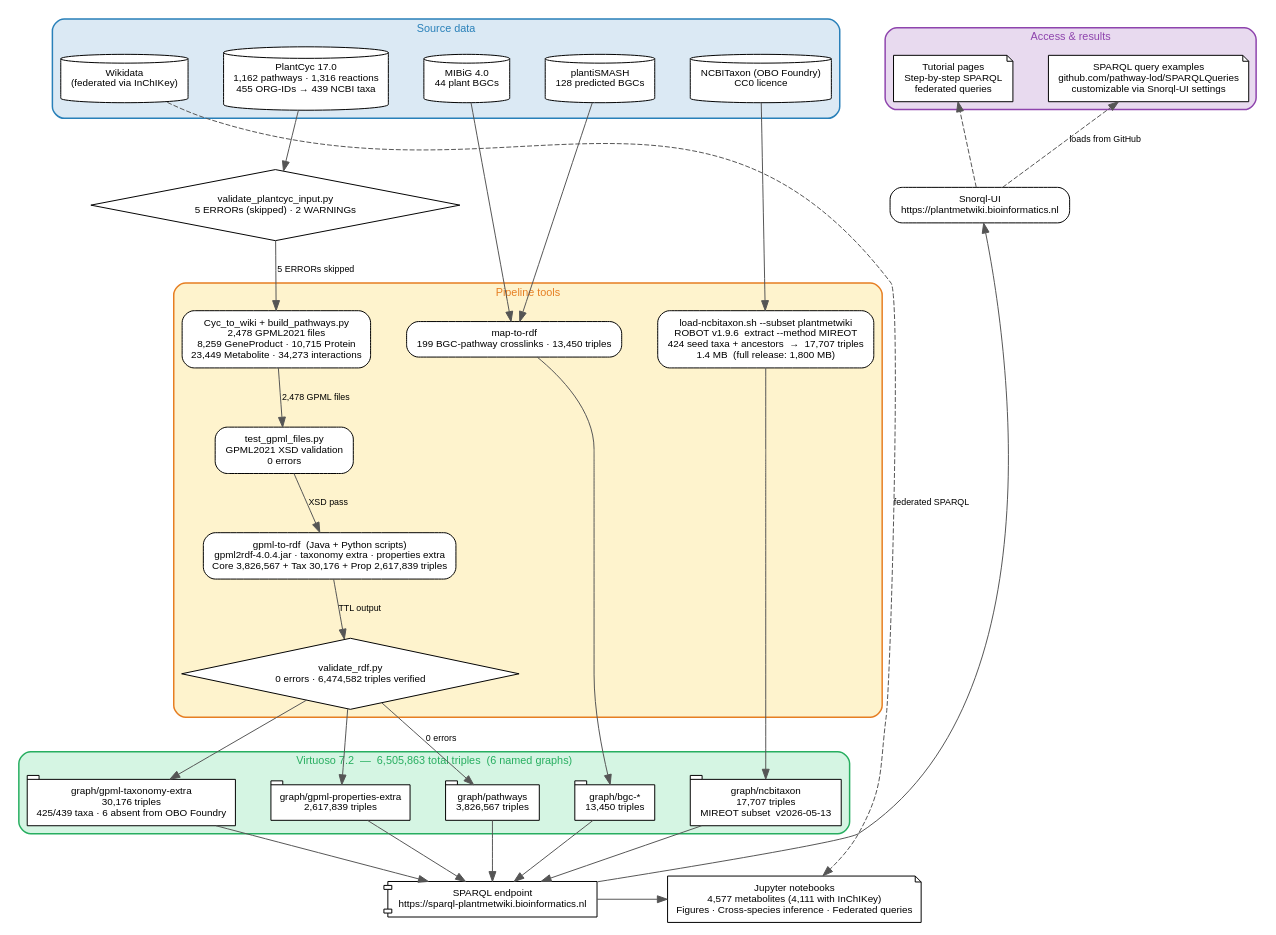
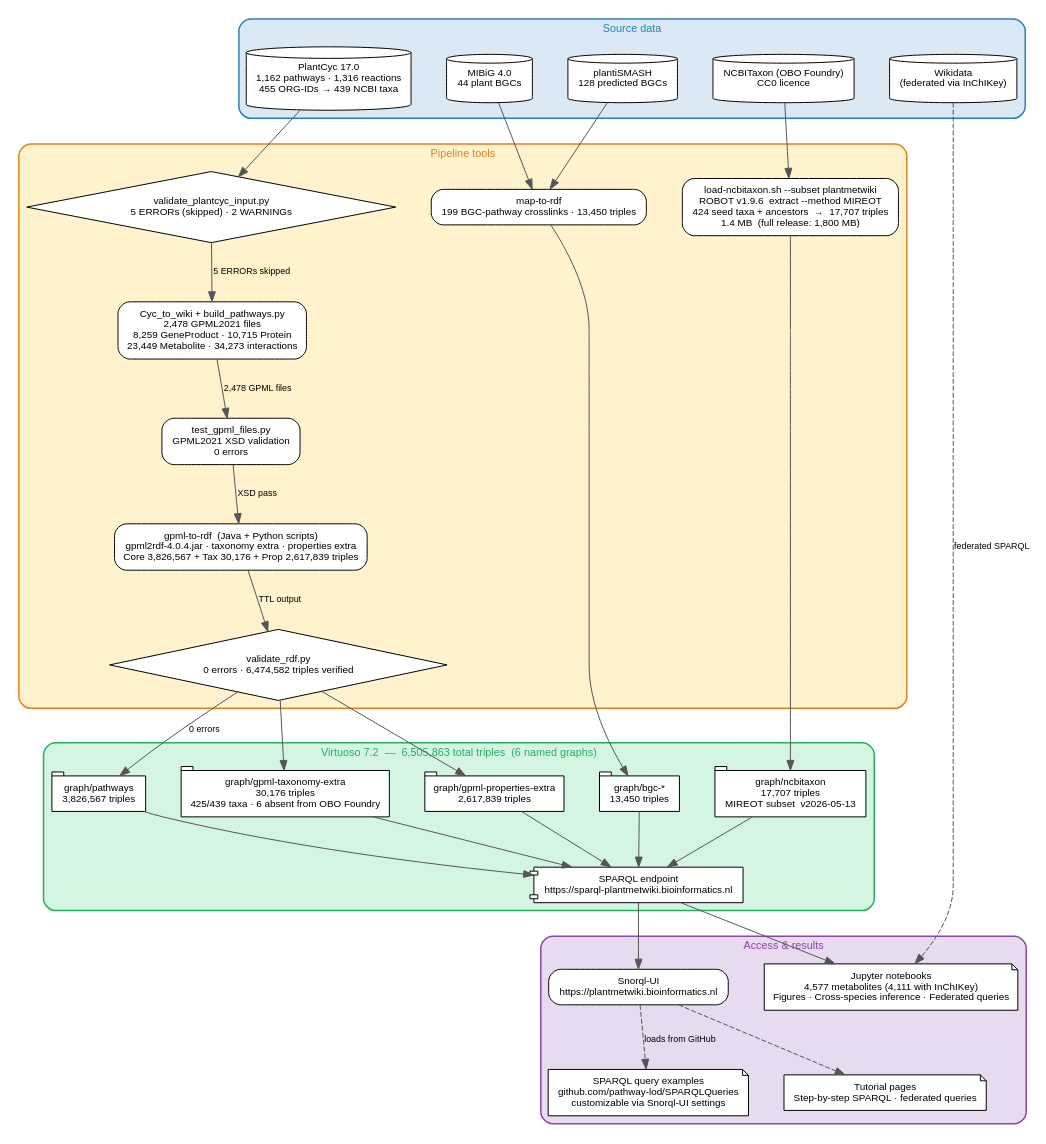
The diagram in notebooks/figures/output/figures/pipeline_overview.dot (pathway-lod/gpml-to-rdf), drawn with Graphviz before and after one commit. The commit also changed 3 other files, not shown here.

```diff
--- a/notebooks/figures/output/figures/pipeline_overview.dot
+++ b/notebooks/figures/output/figures/pipeline_overview.dot
@@ -1,107 +1,96 @@
 // PlantMetWiki data transformation pipeline
 digraph PlantMetWiki_pipeline {
 	bgcolor=white fontname=Arial fontsize=11 nodesep=0.5 rankdir=TB ranksep=0.7
 	node [fontname=Arial fontsize=10 margin="0.15,0.10"]
 	edge [color="#555555" fontname=Arial fontsize=9]
 	subgraph cluster_source {
 		color="#2980b9" fillcolor="#dbe9f4" fontcolor="#2980b9" fontname=Arial fontsize=11 label="Source data" penwidth=1.5 style="filled,rounded"
 		plantcyc [label="PlantCyc 17.0
 1,162 pathways · 1,316 reactions
 455 ORG-IDs → 439 NCBI taxa" fillcolor=white shape=cylinder style=filled]
 		mibig [label="MIBiG 4.0
 44 plant BGCs" fillcolor=white shape=cylinder style=filled]
 		plantismash [label="plantiSMASH
 128 predicted BGCs" fillcolor=white shape=cylinder style=filled]
 		ncbitaxon_src [label="NCBITaxon (OBO Foundry)
 CC0 licence" fillcolor=white shape=cylinder style=filled]
 		wikidata_src [label="Wikidata
 (federated via InChIKey)" fillcolor=white shape=cylinder style=filled]
 	}
 	subgraph cluster_tools {
 		color="#e67e22" fillcolor="#fef3cd" fontcolor="#e67e22" fontname=Arial fontsize=11 label="Pipeline tools" penwidth=1.5 style="filled,rounded"
 		validate [label="validate_plantcyc_input.py
 5 ERRORs (skipped) · 2 WARNINGs" fillcolor=white shape=diamond style=filled]
 		cyc2wiki [label="Cyc_to_wiki + build_pathways.py
 2,478 GPML2021 files
 8,259 GeneProduct · 10,715 Protein
 23,449 Metabolite · 34,273 interactions" fillcolor=white shape=box style="filled,rounded"]
 		xsd_val [label="test_gpml_files.py
 GPML2021 XSD validation
 0 errors" fillcolor=white shape=box style="filled,rounded"]
 		gpml2rdf [label="gpml-to-rdf  (Java + Python scripts)
 gpml2rdf-4.0.4.jar · taxonomy extra · properties extra
 Core 3,826,567 + Tax 30,176 + Prop 2,617,839 triples" fillcolor=white shape=box style="filled,rounded"]
 		rdf_validate [label="validate_rdf.py
 0 errors · 6,474,582 triples verified" fillcolor=white shape=diamond style=filled]
 		load_ncbi [label="load-ncbitaxon.sh --subset plantmetwiki
 ROBOT v1.9.6  extract --method MIREOT
 424 seed taxa + ancestors  →  17,707 triples
 1.4 MB  (full release: 1,800 MB)" fillcolor=white shape=box style="filled,rounded"]
 		map2rdf [label="map-to-rdf
 199 BGC-pathway crosslinks · 13,450 triples" fillcolor=white shape=box style="filled,rounded"]
 	}
 	subgraph cluster_virtuoso {
 		color="#27ae60" fillcolor="#d5f5e3" fontcolor="#27ae60" fontname=Arial fontsize=11 label="Virtuoso 7.2  —  6,505,863 total triples  (6 named graphs)" penwidth=1.5 style="filled,rounded"
 		g_pathways [label="graph/pathways
 3,826,567 triples" fillcolor=white shape=tab style=filled]
 		g_taxextra [label="graph/gpml-taxonomy-extra
 30,176 triples
 425/439 taxa · 6 absent from OBO Foundry" fillcolor=white shape=tab style=filled]
 		g_propextra [label="graph/gpml-properties-extra
 2,617,839 triples" fillcolor=white shape=tab style=filled]
 		g_bgc [label="graph/bgc-*
 13,450 triples" fillcolor=white shape=tab style=filled]
 		g_ncbi [label="graph/ncbitaxon
 17,707 triples
 MIREOT subset  v2026-05-13" fillcolor=white shape=tab style=filled]
 		sparql [label="SPARQL endpoint
 https://sparql-plantmetwiki.bioinformatics.nl" fillcolor=white shape=component style=filled]
 	}
 	subgraph cluster_access {
 		color="#8e44ad" fillcolor="#e8daef" fontcolor="#8e44ad" fontname=Arial fontsize=11 label="Access & results" penwidth=1.5 style="filled,rounded"
 		snorql [label="Snorql-UI
 https://plantmetwiki.bioinformatics.nl" fillcolor=white shape=box style="filled,rounded"]
 		sparql_examples [label="SPARQL query examples
 github.com/pathway-lod/SPARQLQueries
 customizable via Snorql-UI settings" fillcolor=white shape=note style=filled]
 		tutorials [label="Tutorial pages
-Step-by-step SPARQL
-federated queries" fillcolor=white shape=note style=filled]
+Step-by-step SPARQL · federated queries" fillcolor=white shape=note style=filled]
 		notebooks [label="Jupyter notebooks
 4,577 metabolites (4,111 with InChIKey)
 Figures · Cross-species inference · Federated queries" fillcolor=white shape=note style=filled]
-	}
-	{
-		rank=same
-		validate
-		snorql
-	}
-	{
-		rank=same
-		sparql
-		notebooks
 	}
 	plantcyc -> validate
 	validate -> cyc2wiki [label="5 ERRORs skipped"]
 	cyc2wiki -> xsd_val [label="2,478 GPML files"]
 	xsd_val -> gpml2rdf [label="XSD pass"]
 	gpml2rdf -> rdf_validate [label="TTL output"]
 	rdf_validate -> g_pathways [label="0 errors"]
 	rdf_validate -> g_taxextra
 	rdf_validate -> g_propextra
 	mibig -> map2rdf
 	plantismash -> map2rdf
 	map2rdf -> g_bgc
 	ncbitaxon_src -> load_ncbi
 	load_ncbi -> g_ncbi
 	g_pathways -> sparql
 	g_taxextra -> sparql
 	g_propextra -> sparql
 	g_bgc -> sparql
 	g_ncbi -> sparql
-	sparql -> snorql [constraint=false]
-	sparql -> notebooks [constraint=false]
-	snorql -> sparql_examples [label="loads from GitHub" constraint=false style=dashed]
-	snorql -> tutorials [constraint=false style=dashed]
-	wikidata_src -> notebooks [label="federated SPARQL" constraint=false style=dashed]
+	sparql -> snorql
+	sparql -> notebooks
+	snorql -> sparql_examples [label="loads from GitHub" style=dashed]
+	snorql -> tutorials [style=dashed]
+	wikidata_src -> notebooks [label="federated SPARQL" style=dashed]
 }
```
